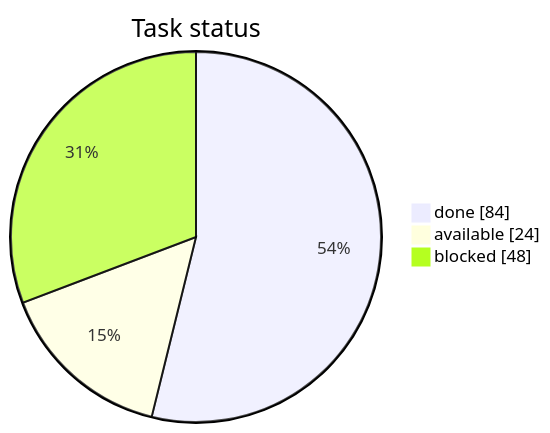
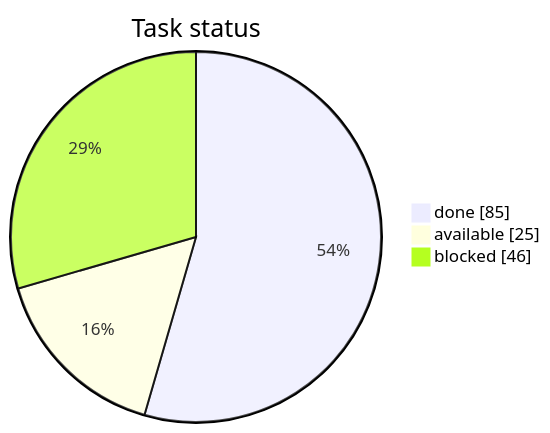
Before and after one commit to artemiiShabanov/RallyRivals: the first of 3 diagrams in STATUS.md, drawn with Mermaid. The commit also changed other lines of this file and 2 other files, not shown here.

````diff
--- a/STATUS.md
+++ b/STATUS.md
@@ -7,7 +7,7 @@
 ```mermaid
 pie showData
     title Task status
-    "done" : 84
-    "available" : 24
-    "blocked" : 48
+    "done" : 85
+    "available" : 25
+    "blocked" : 46
 ```
````
